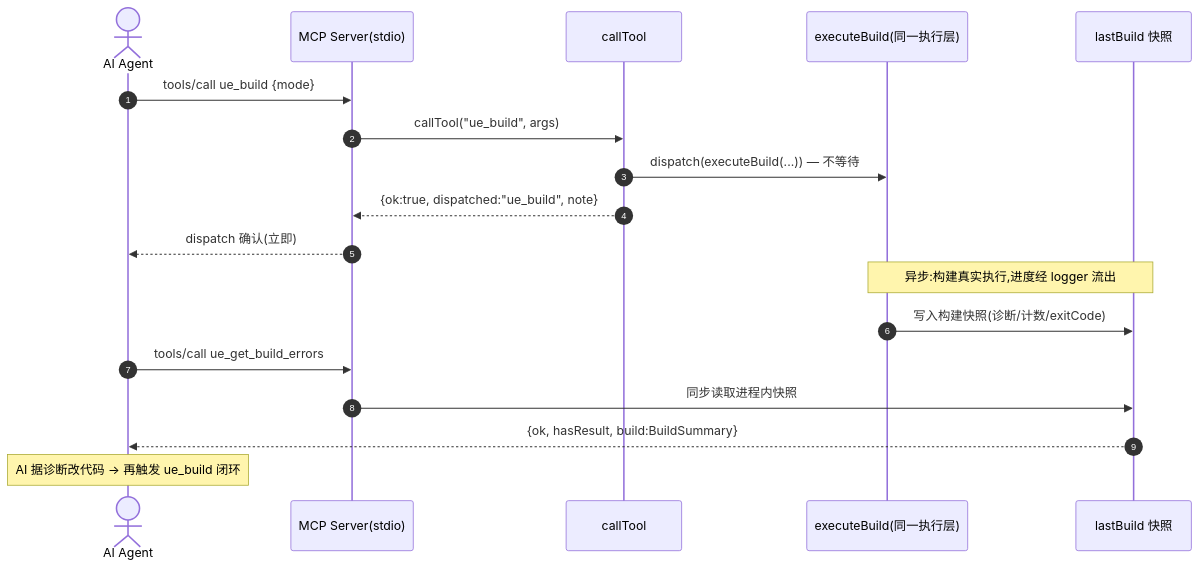
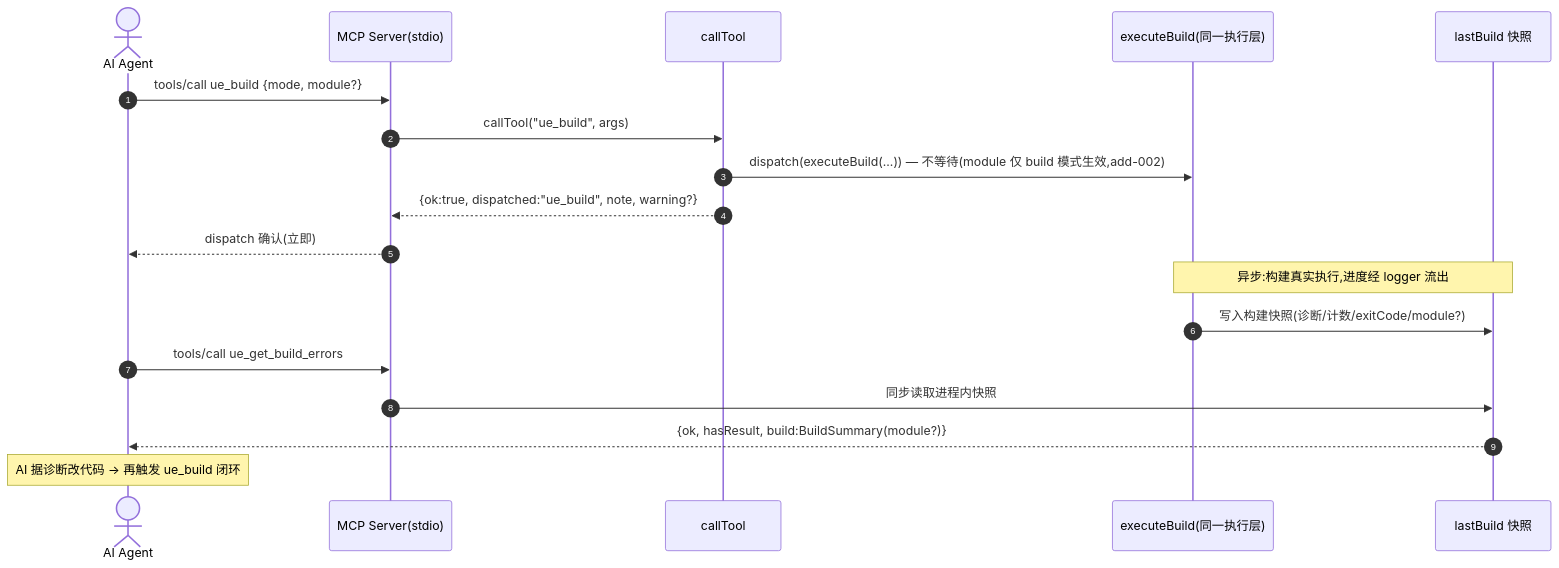
Before and after one commit to 075dev/vscode-ue-helper: the second of 4 diagrams in .planning/context/event-flow.md, drawn with Mermaid. The commit also changed other lines of this file and 18 other files, not shown here.

First line of the commit message:
feat(fill): add-002 ue_build 单模块编译(UBT -Module=)

````diff
--- a/.planning/context/event-flow.md
+++ b/.planning/context/event-flow.md
@@ -35,21 +35,21 @@
 ```mermaid
 sequenceDiagram
     autonumber
     actor AI as AI Agent
     participant MCP as MCP Server(stdio)
     participant CT as callTool
     participant B as executeBuild(同一执行层)
     participant LB as lastBuild 快照
 
-    AI->>MCP: tools/call ue_build {mode}
+    AI->>MCP: tools/call ue_build {mode, module?}
     MCP->>CT: callTool("ue_build", args)
-    CT->>B: dispatch(executeBuild(...)) — 不等待
-    CT-->>MCP: {ok:true, dispatched:"ue_build", note}
+    CT->>B: dispatch(executeBuild(...)) — 不等待(module 仅 build 模式生效,add-002)
+    CT-->>MCP: {ok:true, dispatched:"ue_build", note, warning?}
     MCP-->>AI: dispatch 确认(立即)
     Note over B,LB: 异步:构建真实执行,进度经 logger 流出
-    B->>LB: 写入构建快照(诊断/计数/exitCode)
+    B->>LB: 写入构建快照(诊断/计数/exitCode/module?)
     AI->>MCP: tools/call ue_get_build_errors
     MCP->>LB: 同步读取进程内快照
-    LB-->>AI: {ok, hasResult, build:BuildSummary}
+    LB-->>AI: {ok, hasResult, build:BuildSummary(module?)}
     Note over AI: AI 据诊断改代码 → 再触发 ue_build 闭环
 ```
````
